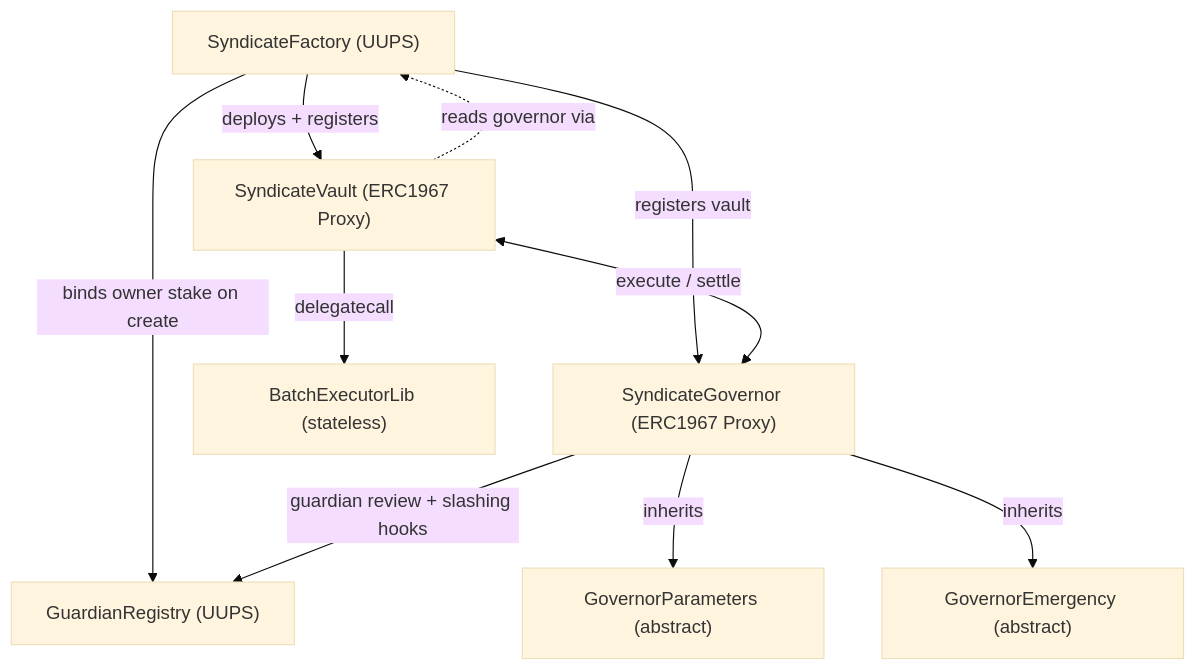
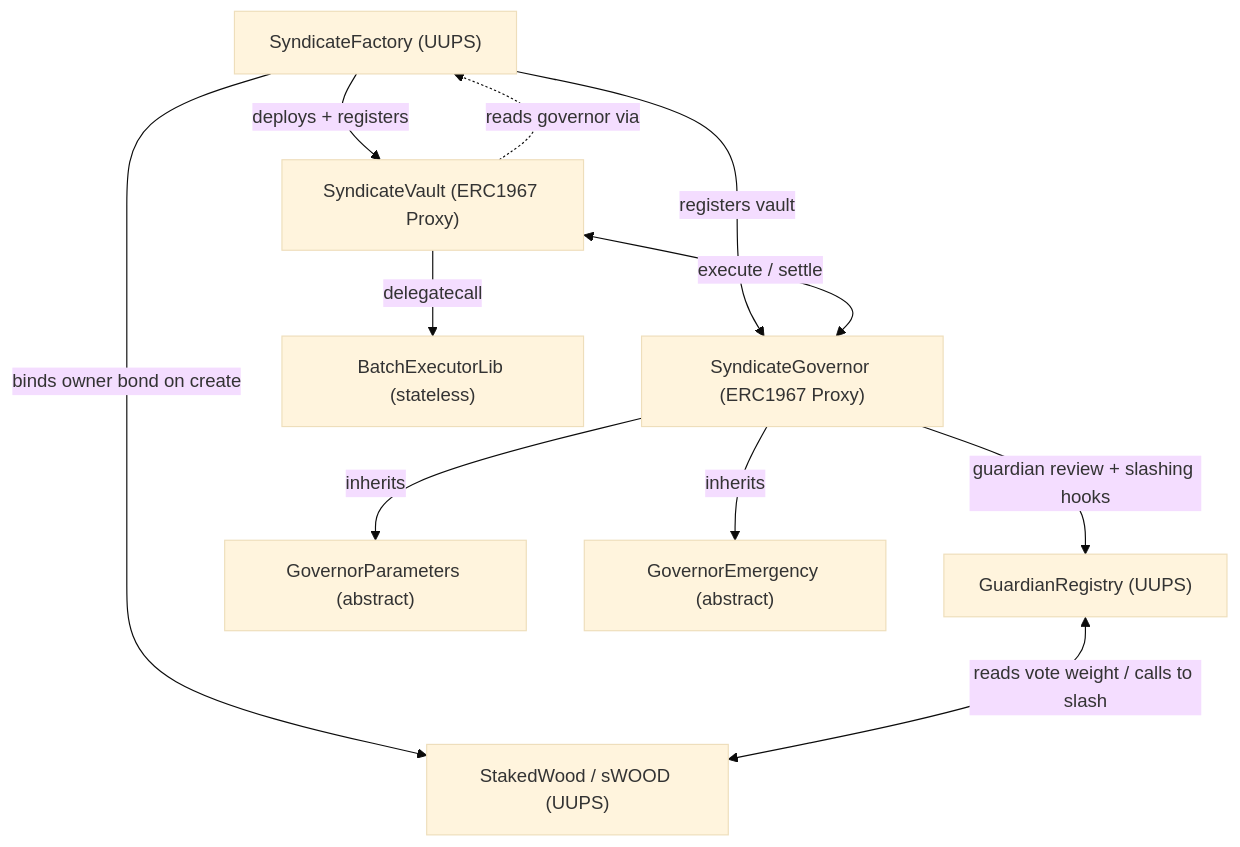
Before and after one commit to sherwoodagent/mintlify-docs: the diagram in protocol/architecture.mdx, drawn with Mermaid (base theme). The commit also changed other lines of this file and 2 other files, not shown here.

First line of the commit message:
docs: address PR #19 review — sWOOD split, quorum denom, mode-1 encoding

````diff
--- a/protocol/architecture.mdx
+++ b/protocol/architecture.mdx
@@ -11,12 +11,13 @@
 ```mermaid
 graph TD
     F["SyndicateFactory (UUPS)"] -->|deploys + registers| V["SyndicateVault (ERC1967 Proxy)"]
     F -->|registers vault| G["SyndicateGovernor (ERC1967 Proxy)"]
-    F -->|binds owner stake on create| R["GuardianRegistry (UUPS)"]
-    G -->|guardian review + slashing hooks| R
+    F -->|binds owner bond on create| SW["StakedWood / sWOOD (UUPS)"]
+    G -->|guardian review + slashing hooks| R["GuardianRegistry (UUPS)"]
+    R <-->|reads vote weight / calls to slash| SW
     V <-->|execute / settle| G
     V -->|delegatecall| B["BatchExecutorLib (stateless)"]
     G -->|inherits| P["GovernorParameters (abstract)"]
     G -->|inherits| E["GovernorEmergency (abstract)"]
     V -.->|reads governor via| F
 ```
````
